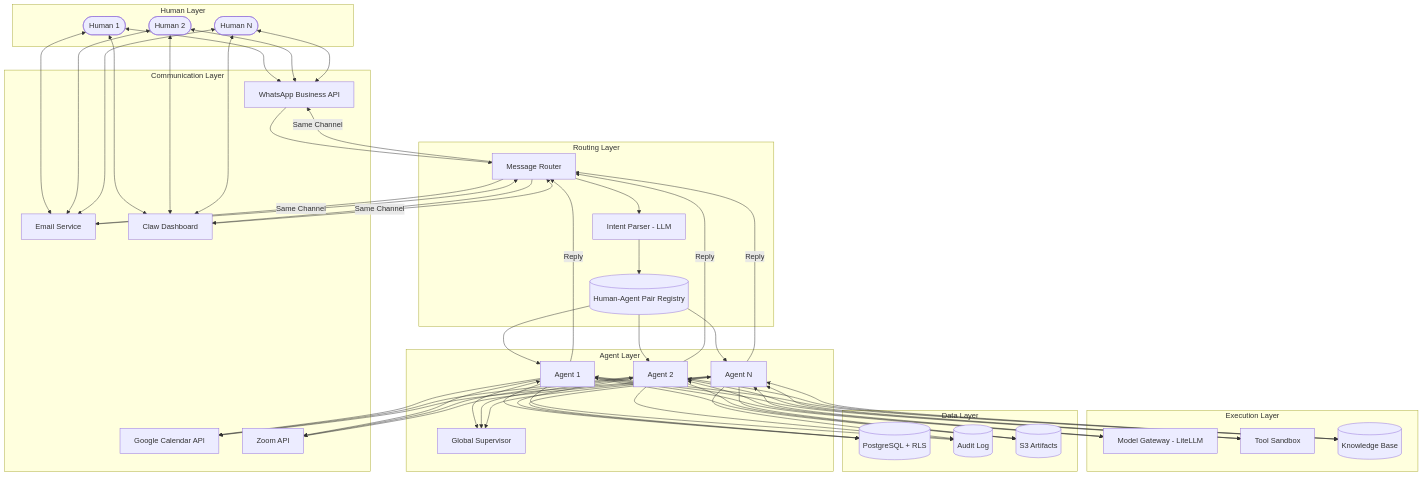
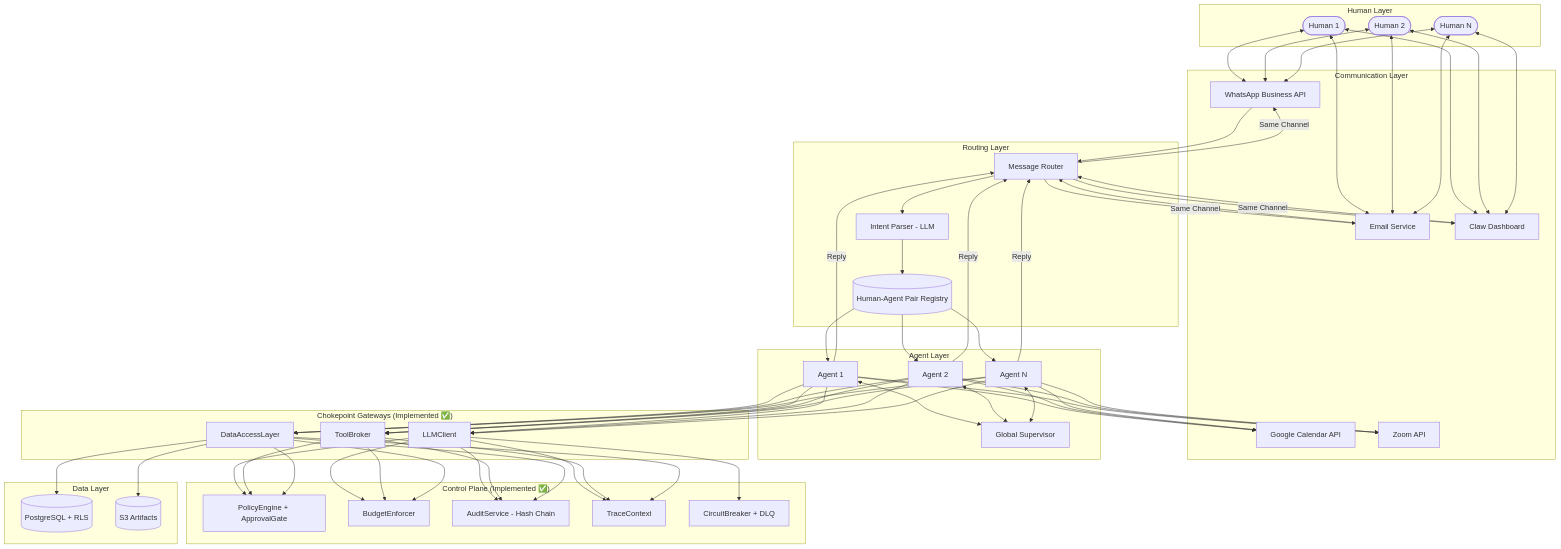
Before and after one commit to ahmadsarifudin-algo/company_AI: the seventh of 7 diagrams in HUMAN_AGENT_SYSTEM.md, drawn with Mermaid. The commit also changed other lines of this file and 99 other files, not shown here.

First line of the commit message:
feat: user registration with admin-driven invite flow

````diff
--- a/HUMAN_AGENT_SYSTEM.md
+++ b/HUMAN_AGENT_SYSTEM.md
@@ -346,51 +359,60 @@
 ```mermaid
 graph TD
     subgraph "Human Layer"
         H1([Human 1]) & H2([Human 2]) & H3([Human N])
     end
 
     subgraph "Communication Layer"
         WA[WhatsApp Business API]
         Email[Email Service]
         Dash[Claw Dashboard]
         Cal[Google Calendar API]
         Zoom[Zoom API]
     end
 
     subgraph "Routing Layer"
         Router[Message Router]
         NLU[Intent Parser - LLM]
         PairMap[(Human-Agent Pair Registry)]
     end
 
     subgraph "Agent Layer"
         GS[Global Supervisor]
         A1[Agent 1] & A2[Agent 2] & A3[Agent N]
     end
 
-    subgraph "Execution Layer"
-        ModelGW[Model Gateway - LiteLLM]
-        Tools[Tool Sandbox]
-        RAG[(Knowledge Base)]
+    subgraph "Chokepoint Gateways (Implemented ✅)"
+        LC[LLMClient]
+        TB[ToolBroker]
+        DAL[DataAccessLayer]
+    end
+
+    subgraph "Control Plane (Implemented ✅)"
+        PE[PolicyEngine + ApprovalGate]
+        BE[BudgetEnforcer]
+        AU[AuditService - Hash Chain]
+        TC[TraceContext]
+        CB[CircuitBreaker + DLQ]
     end
 
     subgraph "Data Layer"
         DB[(PostgreSQL + RLS)]
-        Audit[(Audit Log)]
         Artifacts[(S3 Artifacts)]
     end
 
     H1 & H2 & H3 <--> WA & Email & Dash
     WA & Email & Dash --> Router
     Router --> NLU
     NLU --> PairMap
     PairMap --> A1 & A2 & A3
 
     A1 & A2 & A3 <--> GS
-    A1 & A2 & A3 <--> ModelGW & Tools & RAG
+    A1 & A2 & A3 --> LC & TB & DAL
+    LC & TB & DAL --> PE & BE & AU & TC
+    LC --> CB
     A1 & A2 & A3 --> Cal & Zoom
-    A1 & A2 & A3 --> DB & Audit & Artifacts
+    DAL --> DB & Artifacts
 
     A1 & A2 & A3 -->|Reply| Router
     Router -->|Same Channel| WA & Email & Dash
 ```
````
